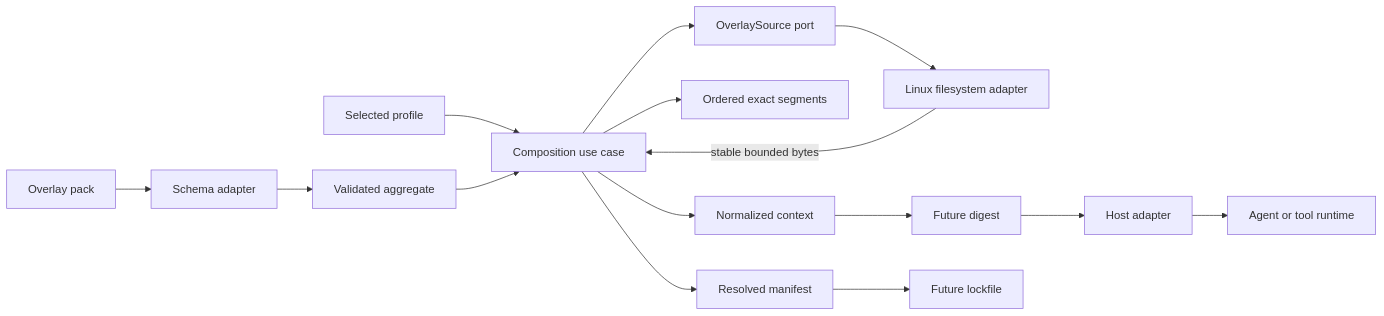
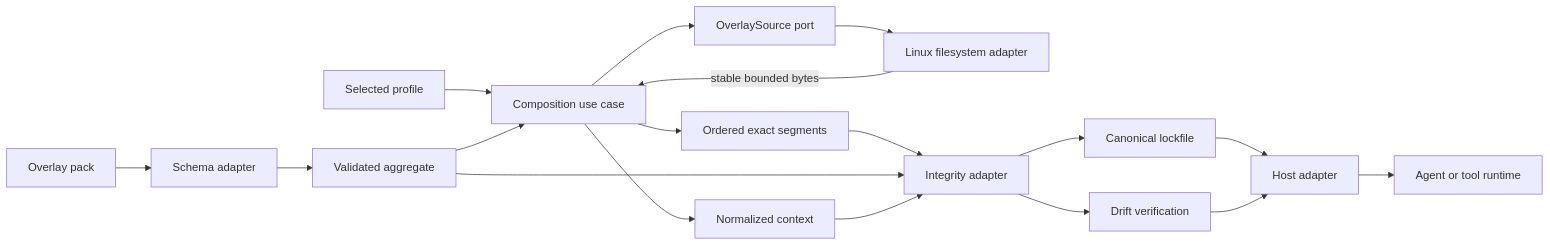
Before and after one commit to hackelia-micrantha/invokrum: the diagram in docs/architecture/README.md, drawn with Mermaid. The commit also changed other lines of this file and 14 other files, not shown here.

First line of the commit message:
Integrity: add canonical lockfiles and drift verification (#31)

````diff
--- a/docs/architecture/README.md
+++ b/docs/architecture/README.md
@@ -90,17 +100,20 @@
 ```mermaid
 flowchart LR
   Pack[Overlay pack] --> Schema[Schema adapter]
   Schema --> Domain[Validated aggregate]
   Profile[Selected profile] --> Compose[Composition use case]
   Domain --> Compose
   Compose --> Port[OverlaySource port]
   Port --> FS[Linux filesystem adapter]
   FS -->|stable bounded bytes| Compose
   Compose --> Segments[Ordered exact segments]
   Compose --> Context[Normalized context]
-  Compose --> Manifest[Resolved manifest]
-  Context --> Digest[Future digest]
-  Manifest --> Lock[Future lockfile]
-  Digest --> Host[Host adapter]
+  Segments --> Integrity[Integrity adapter]
+  Domain --> Integrity
+  Context --> Integrity
+  Integrity --> Lock[Canonical lockfile]
+  Integrity --> Verify[Drift verification]
+  Lock --> Host[Host adapter]
+  Verify --> Host
   Host --> Runtime[Agent or tool runtime]
 ```
````
